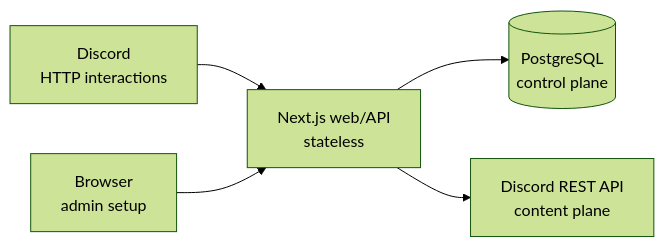
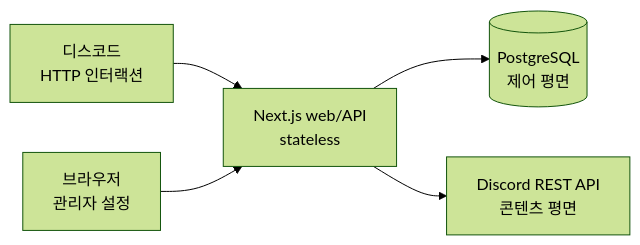
The diagram in README.md (cgm-16/clip), drawn with Mermaid (forest theme) before and after one commit. The commit also changed other lines of this file, not shown here.

````diff
--- a/README.md
+++ b/README.md
@@ -55,7 +55,7 @@
 ```mermaid
 flowchart LR
-  D[Discord<br/>HTTP interactions] --> A
-  B[Browser<br/>admin setup] --> A
-  A[Next.js web/API<br/>stateless] --> P[(PostgreSQL<br/>control plane)]
-  A --> R[Discord REST API<br/>content plane]
+  D[디스코드<br/>HTTP 인터랙션] --> A
+  B[브라우저<br/>관리자 설정] --> A
+  A[Next.js web/API<br/>stateless] --> P[(PostgreSQL<br/>제어 평면)]
+  A --> R[Discord REST API<br/>콘텐츠 평면]
 ```
````
